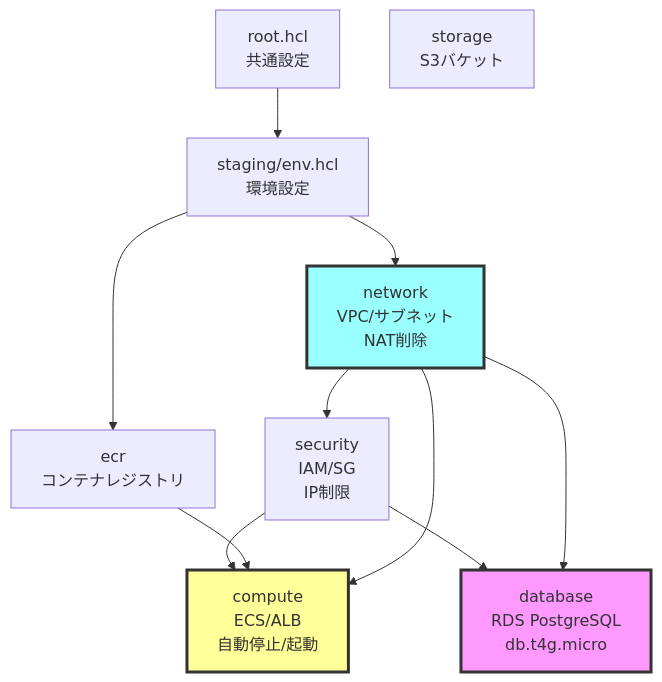
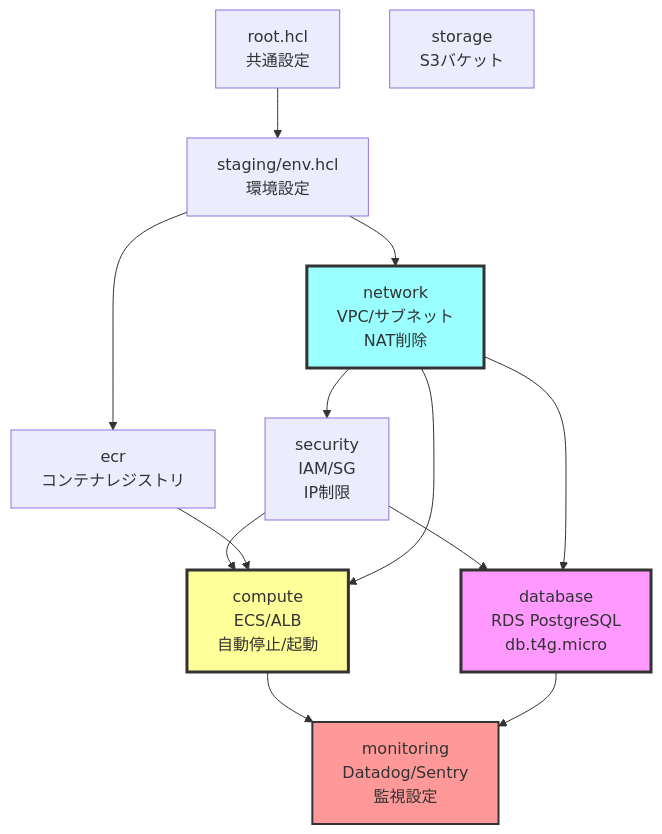
One commit to Hitamuki/bookmark-manager-app changed the second of 3 diagrams in infra/terraform/envs/staging/README.md. Above: the diagram before and after it, drawn with Mermaid. The commit also changed other lines of this file and 16 other files, not shown here.

````diff
--- a/infra/terraform/envs/staging/README.md
+++ b/infra/terraform/envs/staging/README.md
@@ -98,26 +100,30 @@
 ```mermaid
 graph TD
     Root[root.hcl<br>共通設定]
     Env[staging/env.hcl<br>環境設定]
 
     ECR[ecr<br>コンテナレジストリ]
     Network[network<br>VPC/サブネット<br>NAT削除]
     Security[security<br>IAM/SG<br>IP制限]
     Database[database<br>RDS PostgreSQL<br>db.t4g.micro]
     Compute[compute<br>ECS/ALB<br>自動停止/起動]
     Storage[storage<br>S3バケット]
+    Monitoring[monitoring<br>Datadog/Sentry<br>監視設定]
 
     Root --> Env
     Env --> ECR
     Env --> Network
     Network --> Security
     Security --> Database
     Security --> Compute
     ECR --> Compute
     Network --> Compute
     Network --> Database
+    Compute --> Monitoring
+    Database --> Monitoring
 
     style Compute fill:#ff9,stroke:#333,stroke-width:3px
     style Database fill:#f9f,stroke:#333,stroke-width:3px
     style Network fill:#9ff,stroke:#333,stroke-width:3px
+    style Monitoring fill:#f99,stroke:#333,stroke-width:2px
 ```
````
